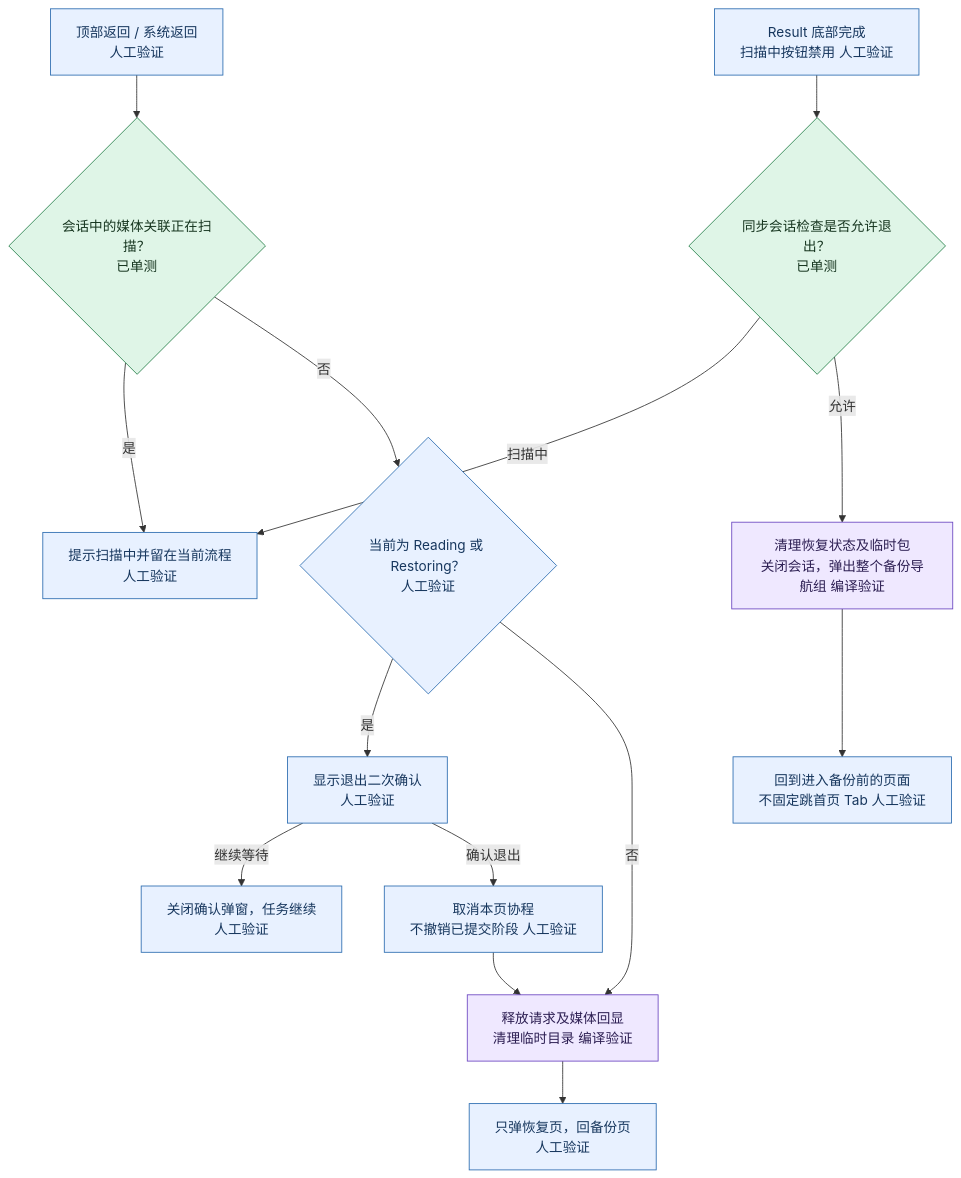
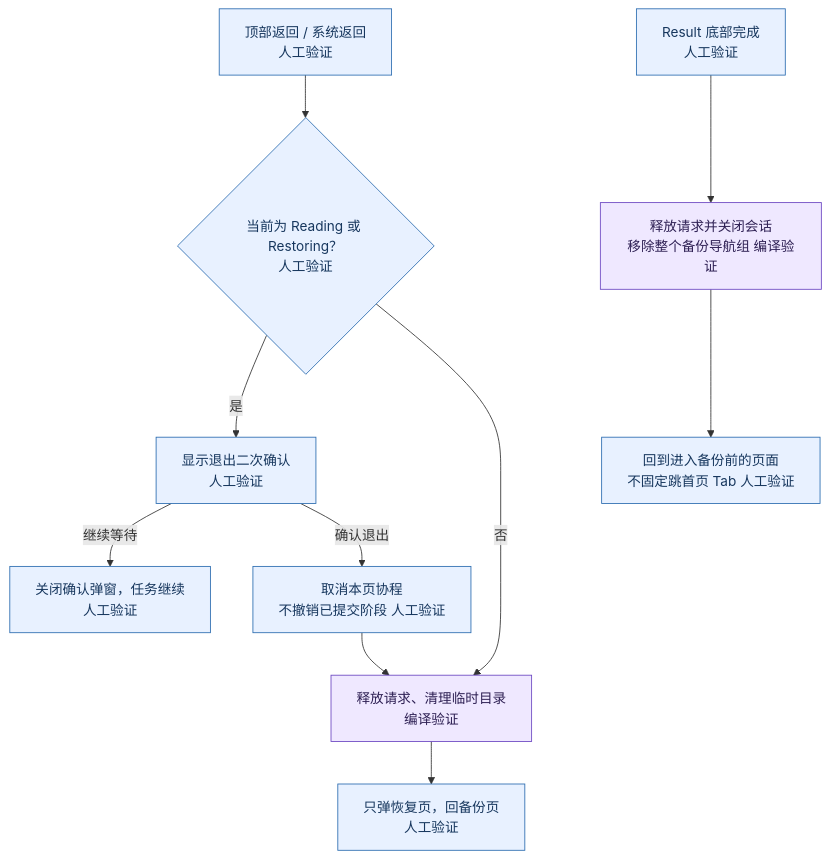
One commit to lwcla/ClipMaster changed diagram 14 of 14 in docs/webdav_backup_plan.md. Above: the diagram before and after it, drawn with Mermaid. The commit also changed other lines of this file and 65 other files, not shown here.

````diff
--- a/docs/webdav_backup_plan.md
+++ b/docs/webdav_backup_plan.md
@@ -1510,23 +1552,17 @@
 ```mermaid
 %% title: 恢复页面：返回、完成与取消清理
 flowchart TD
-  Back["顶部返回 / 系统返回<br/>人工验证"]:::manual --> Running
-  Done["Result 底部完成<br/>扫描中按钮禁用 人工验证"]:::manual --> DoneGuard
-  Running{"会话中的媒体关联正在扫描？<br/>已单测"}:::unit
-  Running -->|"是"| Stay["提示扫描中并留在当前流程<br/>人工验证"]:::manual
-  Running -->|"否"| Busy{"当前为 Reading 或 Restoring？<br/>人工验证"}:::manual
+  Back["顶部返回 / 系统返回<br/>人工验证"]:::manual --> Busy
+  Busy{"当前为 Reading 或 Restoring？<br/>人工验证"}:::manual
   Busy -->|"是"| Confirm["显示退出二次确认<br/>人工验证"]:::manual
   Confirm -->|"继续等待"| Keep["关闭确认弹窗，任务继续<br/>人工验证"]:::manual
   Confirm -->|"确认退出"| Cancel["取消本页协程<br/>不撤销已提交阶段 人工验证"]:::manual
   Busy -->|"否"| Clean
-  Cancel --> Clean["释放请求及媒体回显<br/>清理临时目录 编译验证"]:::compile
+  Cancel --> Clean["释放请求、清理临时目录<br/>编译验证"]:::compile
   Clean --> Backup["只弹恢复页，回备份页<br/>人工验证"]:::manual
-  DoneGuard{"同步会话检查是否允许退出？<br/>已单测"}:::unit
-  DoneGuard -->|"扫描中"| Stay
-  DoneGuard -->|"允许"| DoneClean["清理恢复状态及临时包<br/>关闭会话，弹出整个备份导航组 编译验证"]:::compile
-  DoneClean --> Entry["回到进入备份前的页面<br/>不固定跳首页 Tab 人工验证"]:::manual
-
-  classDef unit fill:#dff5e7,stroke:#26804b,color:#16351f;
+  Done["Result 底部完成<br/>人工验证"]:::manual --> DoneClean
+  DoneClean["释放请求并关闭会话<br/>移除整个备份导航组 编译验证"]:::compile --> Entry
+  Entry["回到进入备份前的页面<br/>不固定跳首页 Tab 人工验证"]:::manual
   classDef manual fill:#e8f1ff,stroke:#2b6cb0,color:#17375e;
   classDef compile fill:#efe8ff,stroke:#6b46c1,color:#2d1f53;
 ```
````
